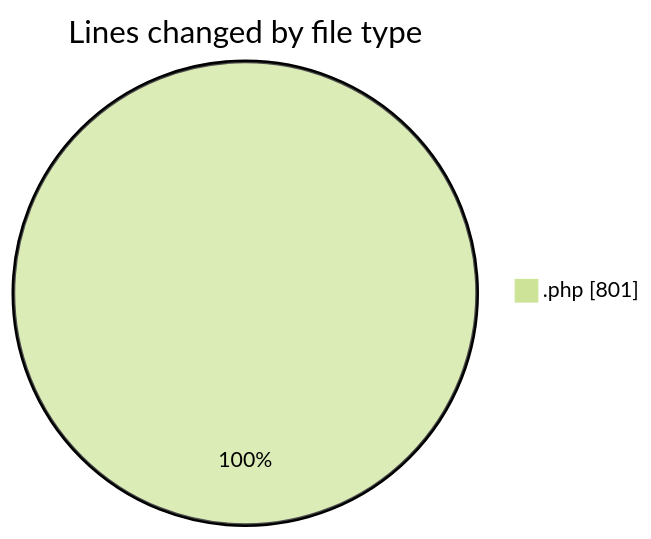
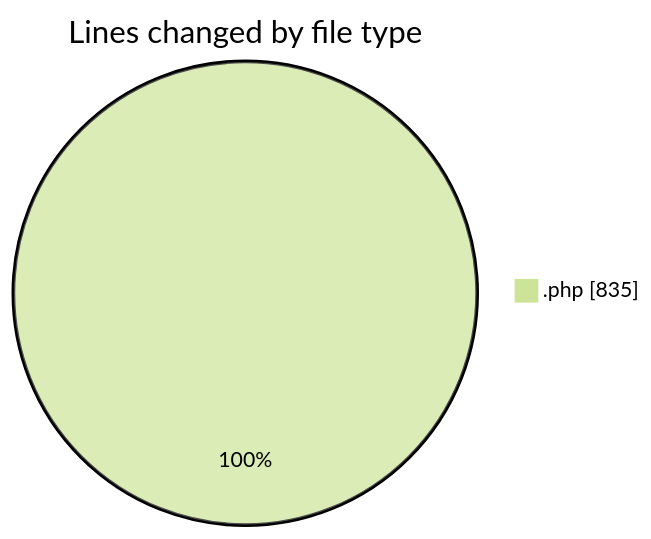
One commit to idhammustaqopulfikri/code-tracking changed the first of 2 diagrams in 2025-06-23/studio-backend/README.md. Above: the diagram before and after it, drawn with Mermaid (forest theme). The commit also changed other lines of this file and 1 other file, not shown here.

````diff
--- a/2025-06-23/studio-backend/README.md
+++ b/2025-06-23/studio-backend/README.md
@@ -20,5 +21,5 @@
 ```mermaid
 pie showData
 title Lines changed by file type
-".php" : 801
+".php" : 835
 ```
````
